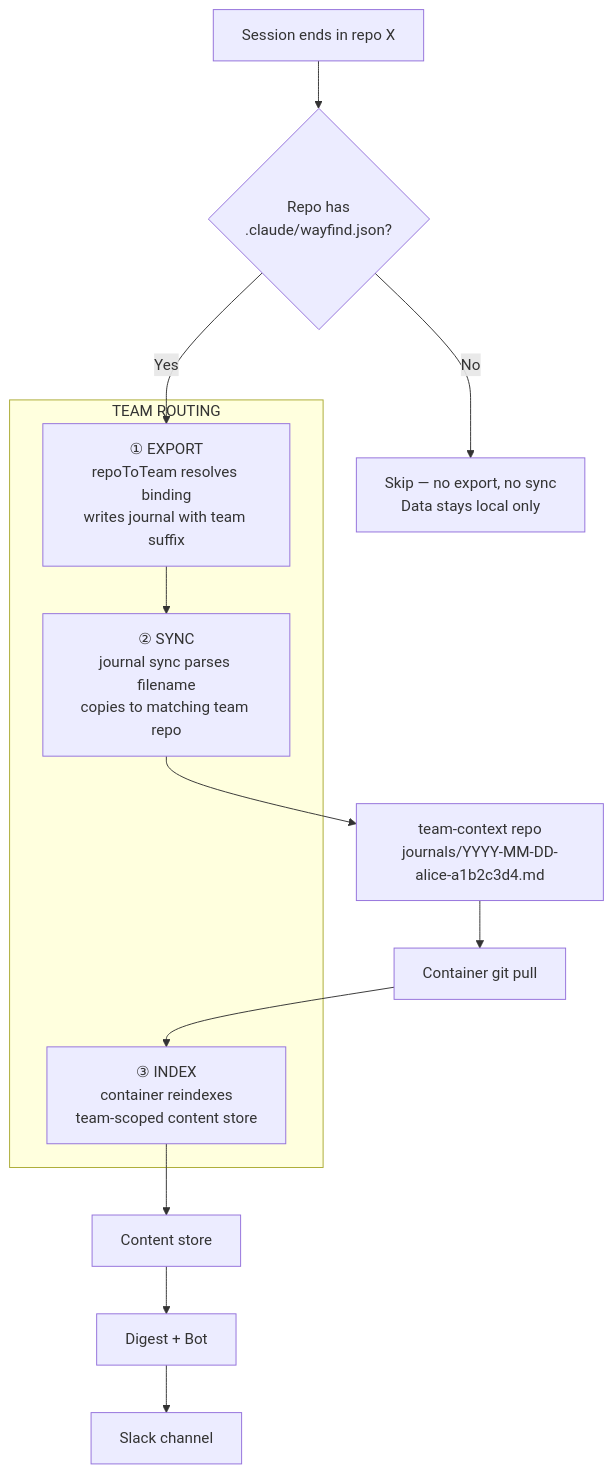
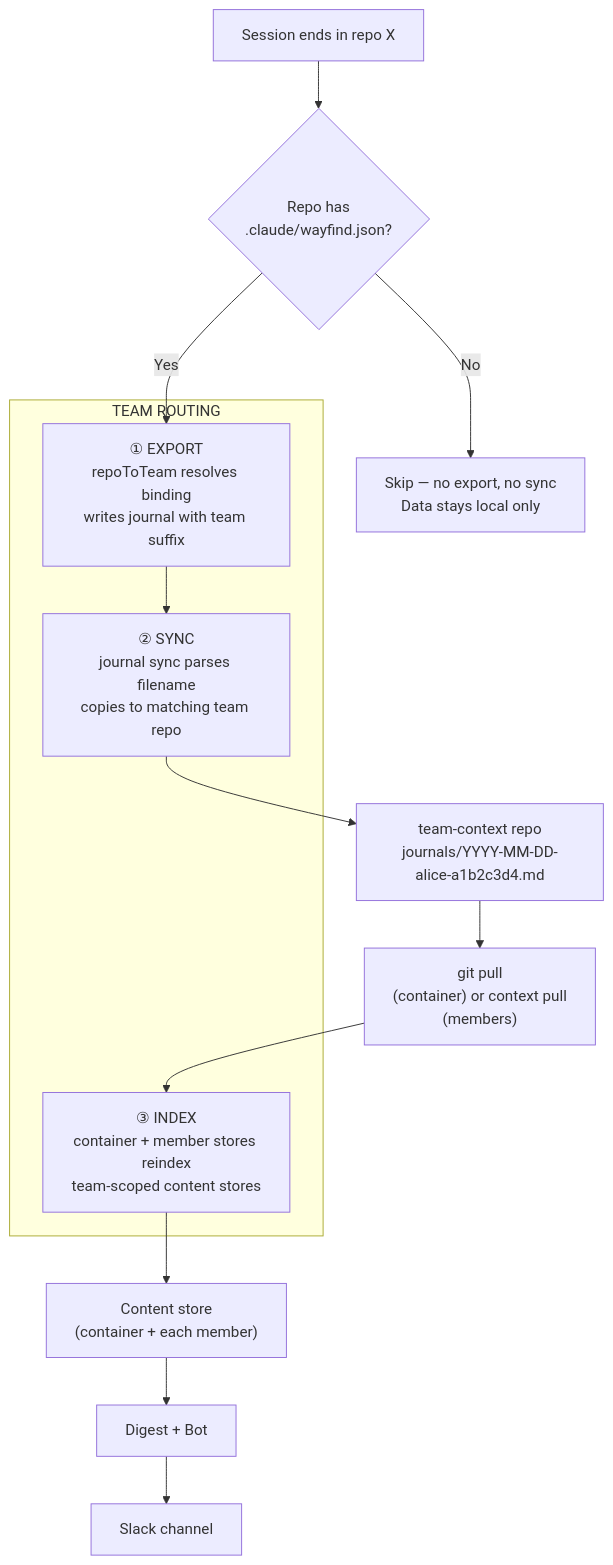
The fourth of 4 diagrams in docs/architecture/data-flow.md (usewayfind/wayfind), drawn with Mermaid before and after one commit. The commit also changed other lines of this file and 3 other files, not shown here.

````diff
--- a/docs/architecture/data-flow.md
+++ b/docs/architecture/data-flow.md
@@ -240,22 +316,22 @@
 ```mermaid
 flowchart TD
     Session["Session ends in repo X"] --> Bind
 
     Bind{"Repo has\n.claude/wayfind.json?"}
     Bind -->|No| Skip["Skip — no export, no sync\nData stays local only"]
     Bind -->|Yes| Export
 
     subgraph routing ["TEAM ROUTING"]
         Export["① EXPORT\nrepoToTeam resolves binding\nwrites journal with team suffix"]
         Sync["② SYNC\njournal sync parses filename\ncopies to matching team repo"]
-        Index["③ INDEX\ncontainer reindexes\nteam-scoped content store"]
+        Index["③ INDEX\ncontainer + member stores reindex\nteam-scoped content stores"]
     end
 
     Export --> Sync
     Sync --> TeamRepo["team-context repo\njournals/YYYY-MM-DD-alice-a1b2c3d4.md"]
-    TeamRepo --> Container["Container git pull"]
-    Container --> Index
-    Index --> Store["Content store"]
+    TeamRepo --> Pull["git pull\n(container) or context pull\n(members)"]
+    Pull --> Index
+    Index --> Store["Content store\n(container + each member)"]
     Store --> Digest["Digest + Bot"]
     Digest --> Slack["Slack channel"]
 ```
````
